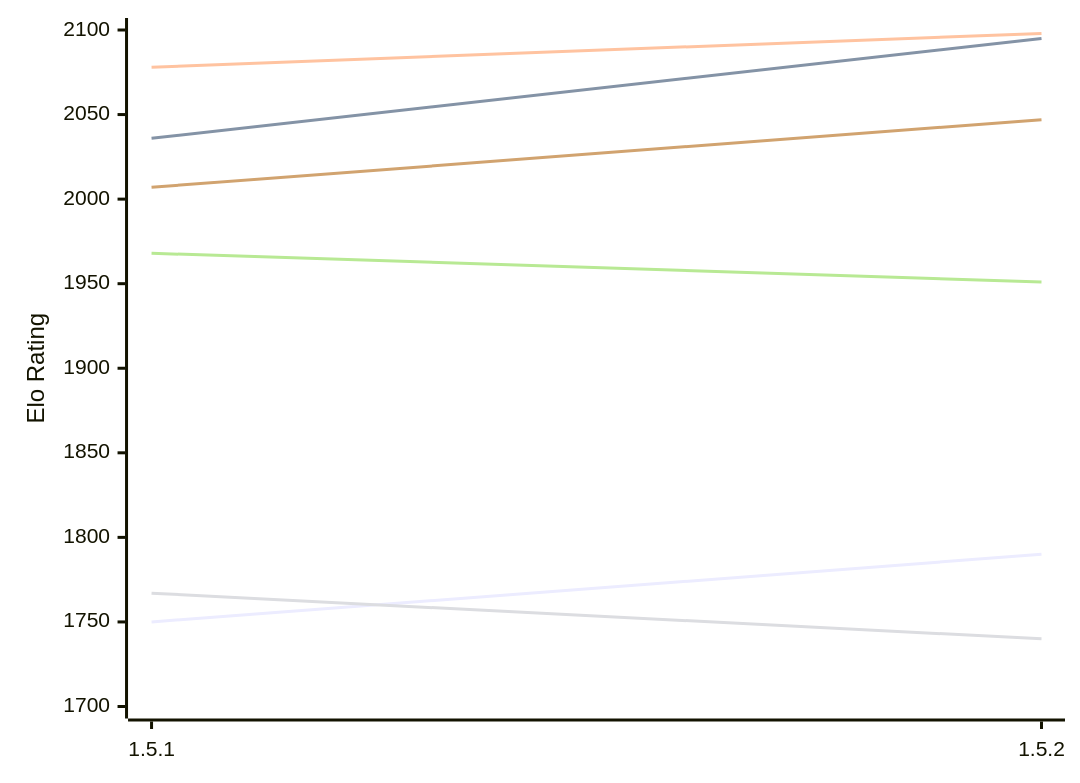
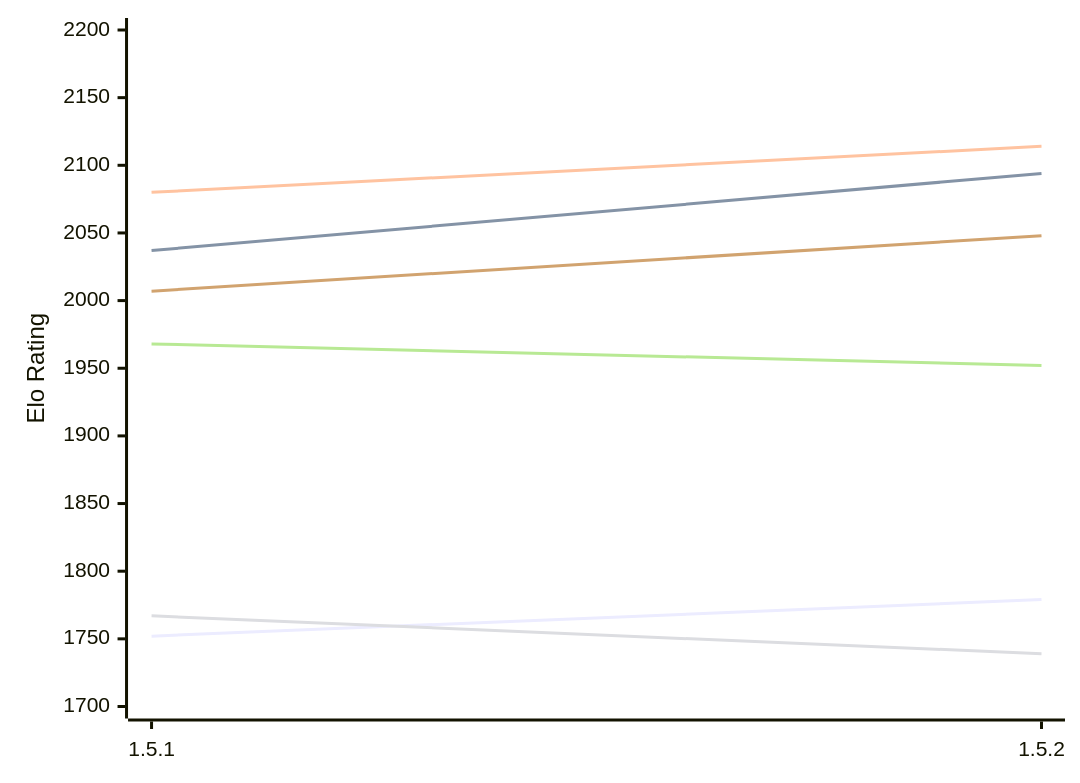
One commit to computer-chess-index/cci changed the diagram in engines/Jace.md. Above: the diagram before and after it, drawn with Mermaid. The commit also changed other lines of this file, not shown here.

Commit message:
Update CCI Ratings (ELO VLTC) - 2026-11-19

````diff
--- a/engines/Jace.md
+++ b/engines/Jace.md
@@ -49,12 +49,12 @@
 ```mermaid
 %%{init: {"theme":"base","themeVariables":{"seriesColors:['#a3a3a3','#222221','#faa371']}}}%%
 xychart-beta
   x-axis ["1.5.1", "1.5.2"]
-  y-axis "Elo Rating" 1700 --> 2100
-  line "E1: STC (8.0+0.08s)" [1750, 1790]
-  line "E1: LTC (60.0+0.60s)" [2036, 2095]
-  line "E1: VLTC (2m24s+1.12s)" [2078, 2098]
-  line "P1: STC (8.0+0.08s)" [1767, 1740]
-  line "P1: LTC (60.0+0.60s)" [1968, 1951]
-  line "P1: VLTC (2m24s+1.12s)" [2007, 2047]
+  y-axis "Elo Rating" 1700 --> 2200
+  line "E1: STC (8.0+0.08s)" [1752, 1779]
+  line "E1: LTC (60.0+0.60s)" [2037, 2094]
+  line "E1: VLTC (2m24s+1.12s)" [2080, 2114]
+  line "P1: STC (8.0+0.08s)" [1767, 1739]
+  line "P1: LTC (60.0+0.60s)" [1968, 1952]
+  line "P1: VLTC (2m24s+1.12s)" [2007, 2048]
 ```
````
